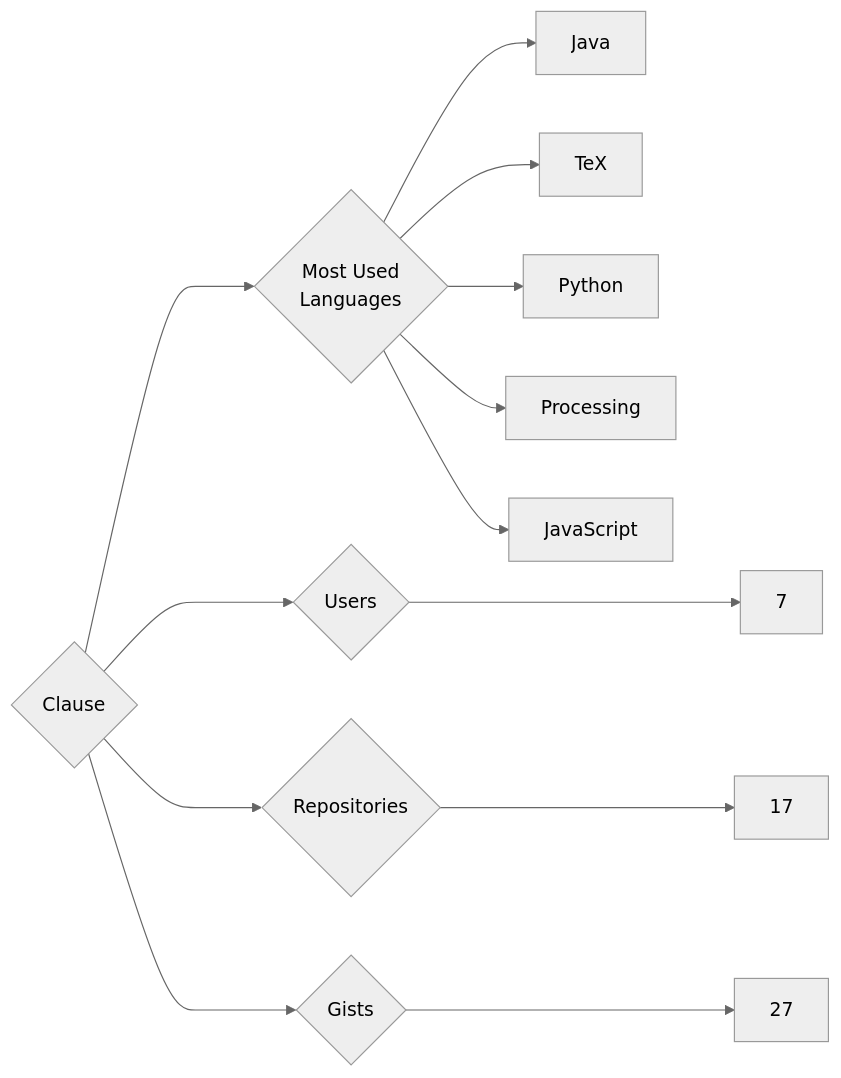
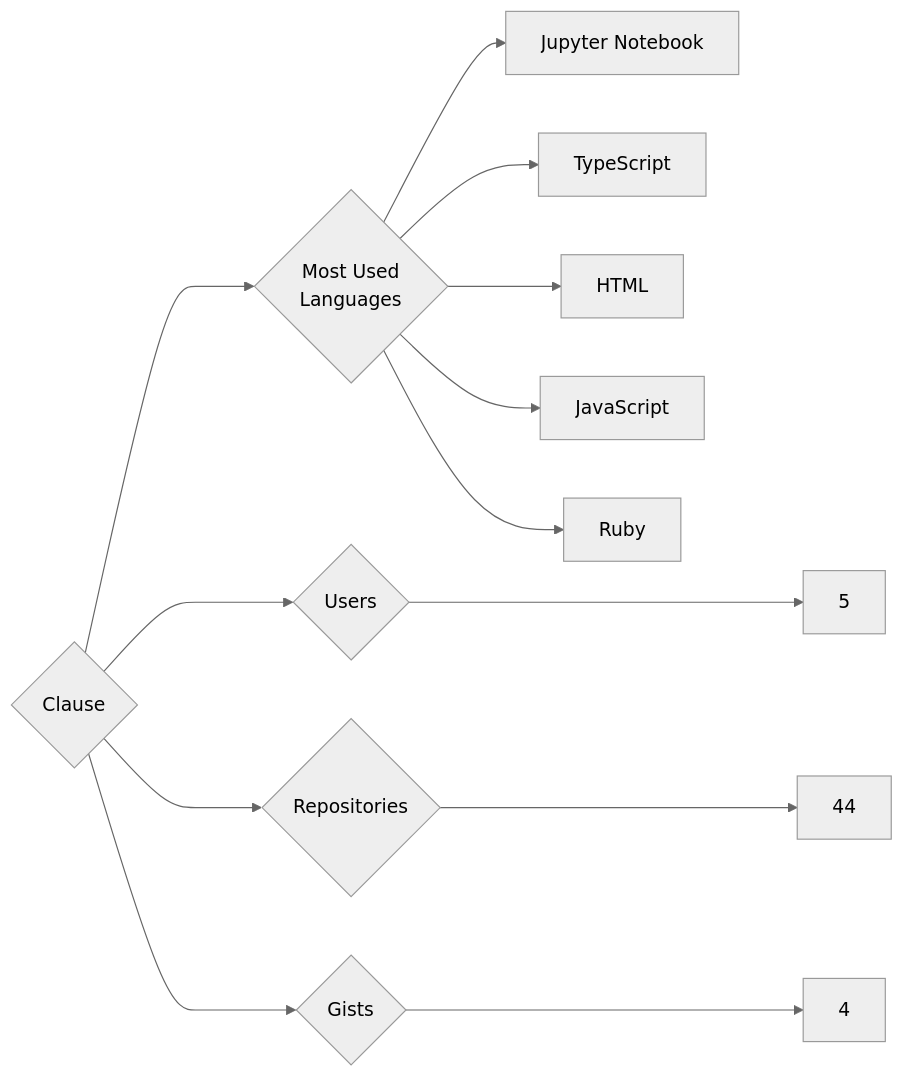
Before and after one commit to trickest/insiders: the diagram in targets/Clause/README.md, drawn with Mermaid (neutral theme). The commit also changed 815 other files, not shown here.

````diff
--- a/targets/Clause/README.md
+++ b/targets/Clause/README.md
@@ -3,13 +3,13 @@
 ```mermaid
 graph LR
 COMPANY_NAME{Clause}
-COMPANY_NAME ---> U{Users} ---> UN[7]
-COMPANY_NAME ---> R{Repositories} ---> RN[17]
-COMPANY_NAME ---> G{Gists} ---> GN[27]
+COMPANY_NAME ---> U{Users} ---> UN[5]
+COMPANY_NAME ---> R{Repositories} ---> RN[44]
+COMPANY_NAME ---> G{Gists} ---> GN[4]
 COMPANY_NAME ---> ML{Most Used<br>Languages}
-ML --> Java[Java]
-ML --> TeX[TeX]
-ML --> Python[Python]
-ML --> Processing[Processing]
+ML --> Jupyter_Notebook[Jupyter Notebook]
+ML --> TypeScript[TypeScript]
+ML --> HTML[HTML]
 ML --> JavaScript[JavaScript]
+ML --> Ruby[Ruby]
 ```
````
